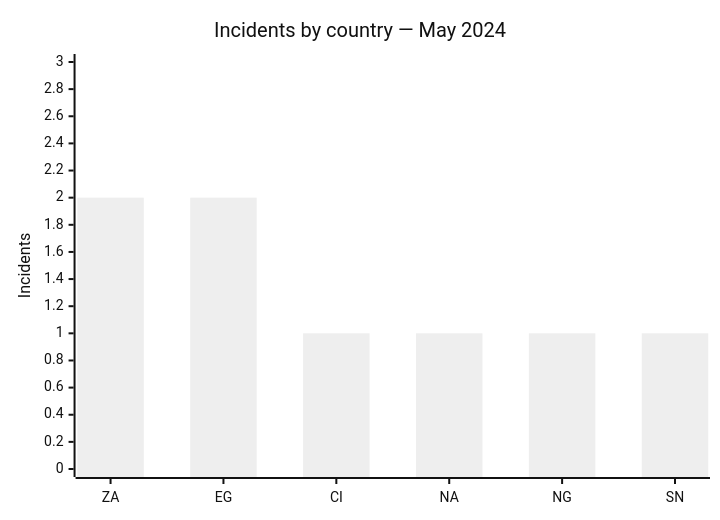
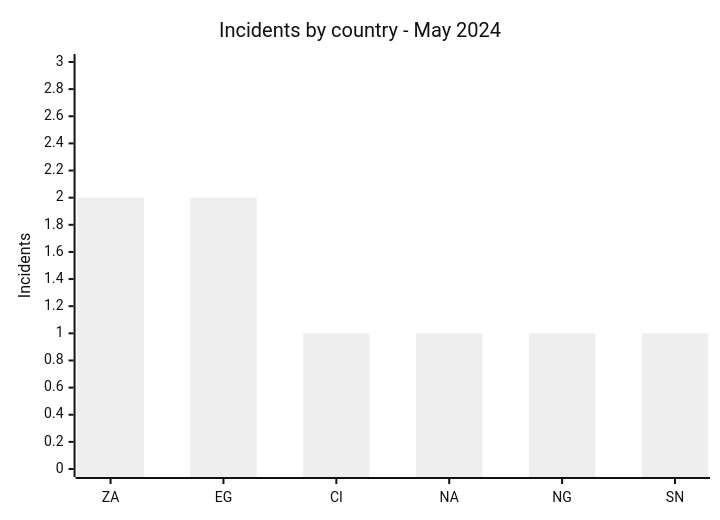
Before and after one commit to Hatchepsoute/AFRINTEL: the first of 2 diagrams in CyberAttackAfrica/2024/05-may/README.md, drawn with Mermaid (neutral theme). The commit also changed other lines of this file and 182 other files, not shown here.

````diff
--- a/CyberAttackAfrica/2024/05-may/README.md
+++ b/CyberAttackAfrica/2024/05-may/README.md
@@ -44,7 +44,7 @@
 ```mermaid
 xychart
-    title "Incidents by country — May 2024"
+    title "Incidents by country - May 2024"
     x-axis ["ZA","EG","CI","NA","NG","SN"]
     y-axis "Incidents" 0 --> 3
     bar [2,2,1,1,1,1]
 ```
````
